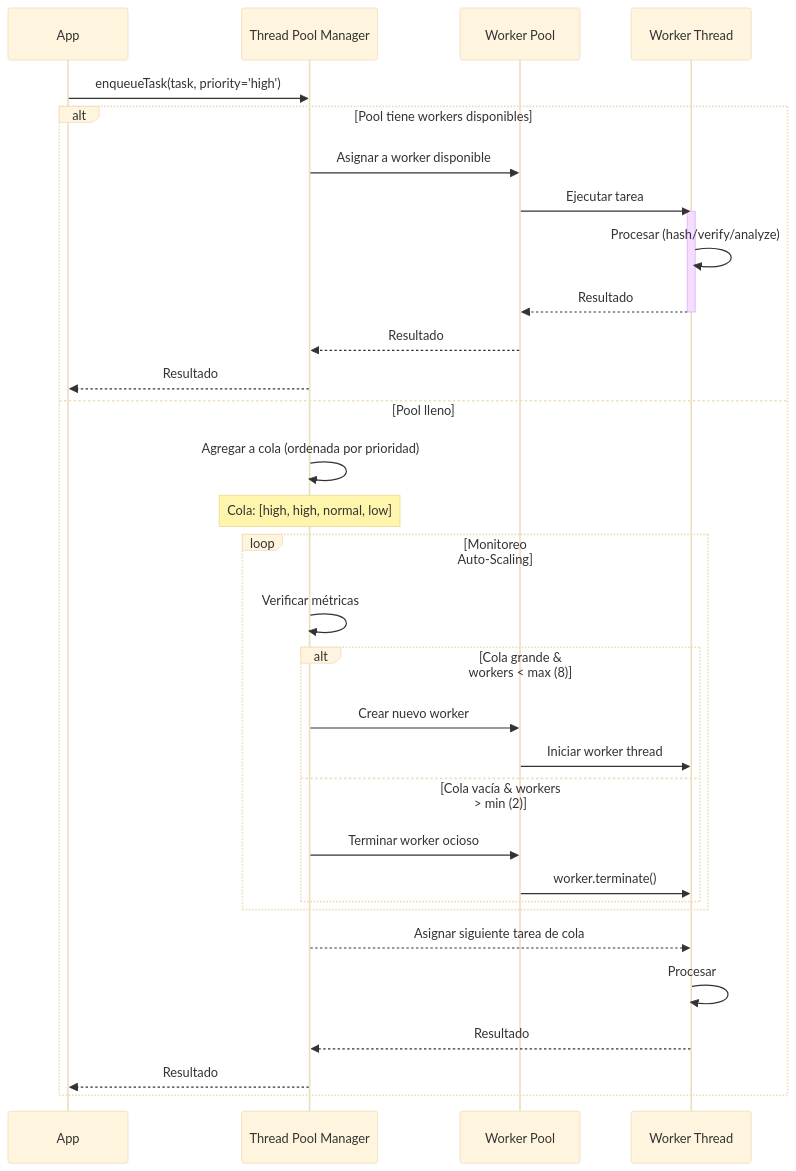
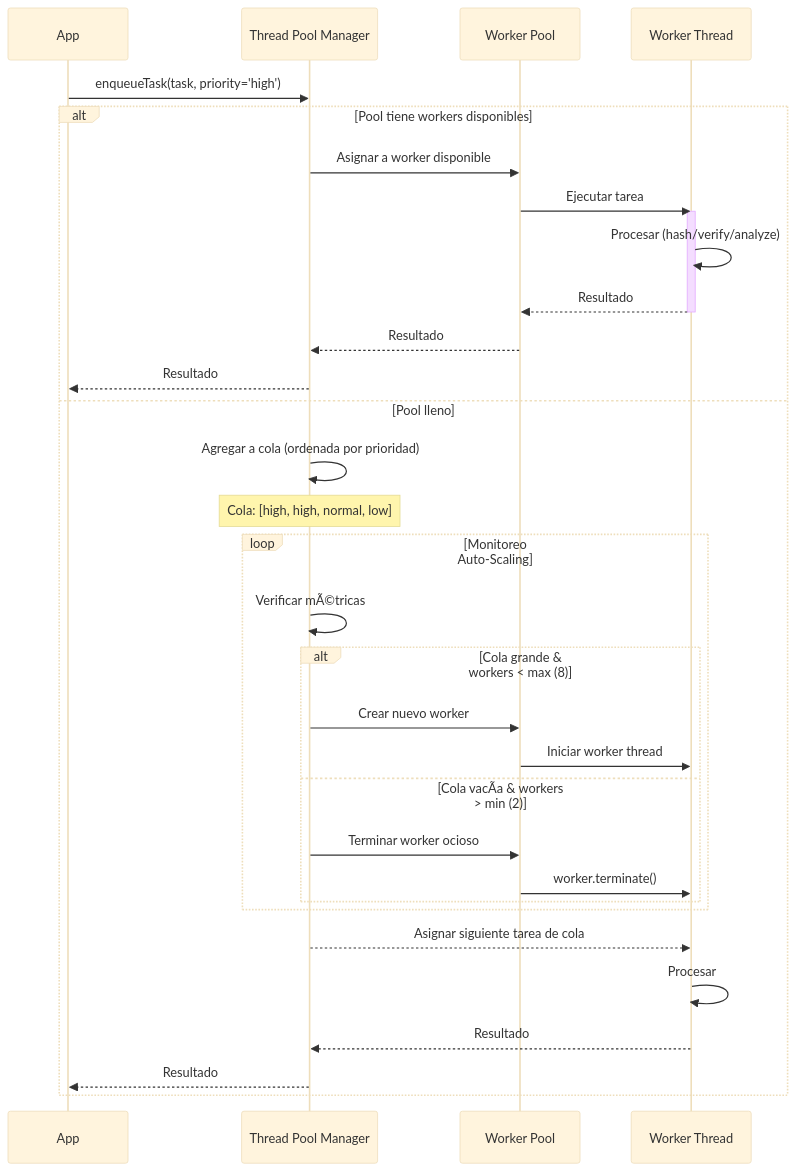
One commit to marinjosue/LiveChat changed the fifth of 6 diagrams in README.md. Above: the diagram before and after it, drawn with Mermaid (base theme). The commit also changed other lines of this file, not shown here.

````diff
--- a/README.md
+++ b/README.md
@@ -328,39 +328,39 @@
 ```mermaid
 sequenceDiagram
     participant A as App
     participant TPM as Thread Pool Manager
     participant WP as Worker Pool
     participant WT as Worker Thread
 
     A->>TPM: enqueueTask(task, priority='high')
     
     alt Pool tiene workers disponibles
         TPM->>WP: Asignar a worker disponible
         WP->>WT: Ejecutar tarea
         activate WT
         WT->>WT: Procesar (hash/verify/analyze)
         WT-->>WP: Resultado
         deactivate WT
         WP-->>TPM: Resultado
         TPM-->>A: Resultado
     else Pool lleno
         TPM->>TPM: Agregar a cola (ordenada por prioridad)
         Note over TPM: Cola: [high, high, normal, low]
         
         loop Monitoreo Auto-Scaling
-            TPM->>TPM: Verificar métricas
+            TPM->>TPM: Verificar mÃ©tricas
             alt Cola grande & workers < max (8)
                 TPM->>WP: Crear nuevo worker
                 WP->>WT: Iniciar worker thread
-            else Cola vacía & workers > min (2)
+            else Cola vacÃ­a & workers > min (2)
                 TPM->>WP: Terminar worker ocioso
                 WP->>WT: worker.terminate()
             end
         end
         
         TPM-->>WT: Asignar siguiente tarea de cola
         WT->>WT: Procesar
         WT-->>TPM: Resultado
         TPM-->>A: Resultado
     end
 ```
````
